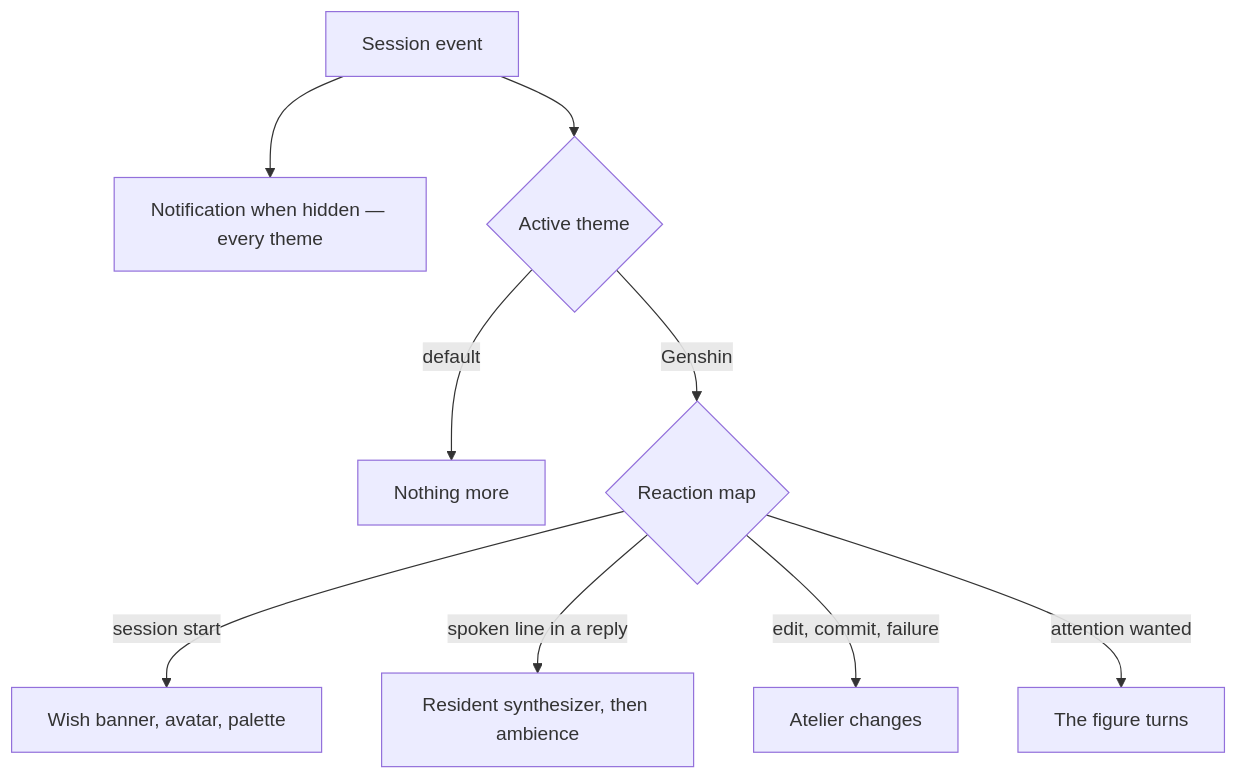
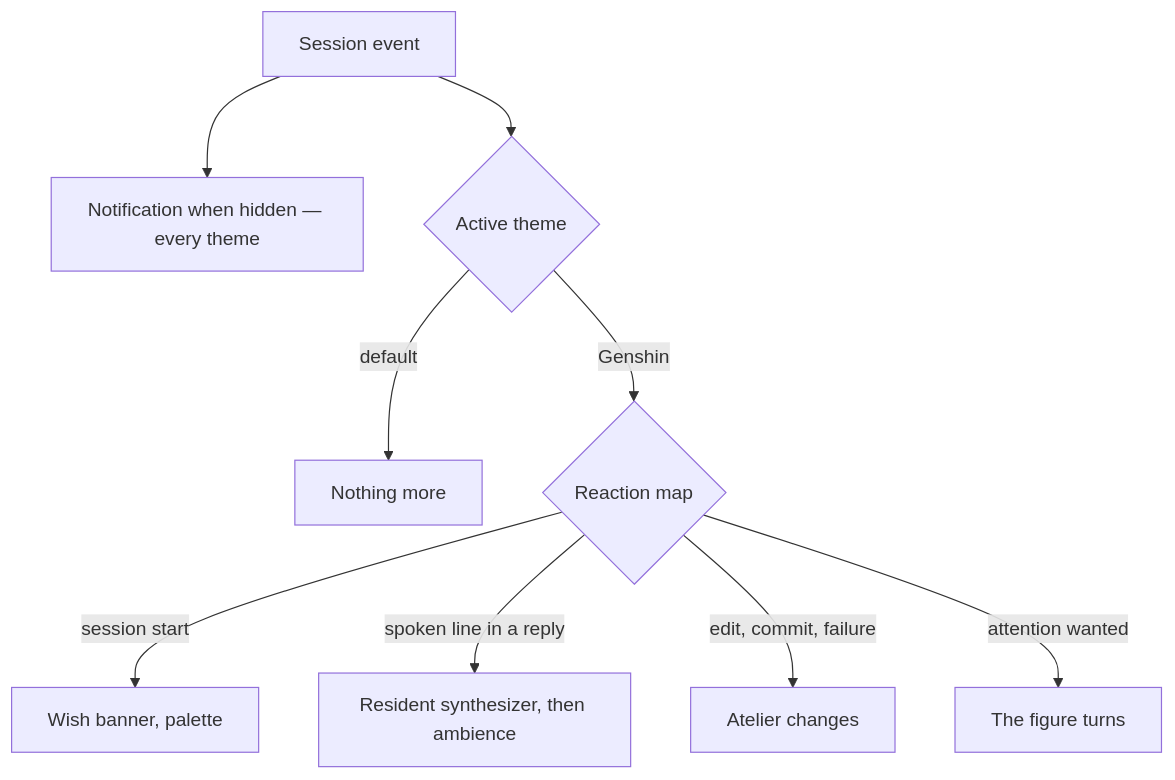
Before and after one commit to Esposter/Esposter: the diagram in apps/web/content/docs/proposals/infra/agent-console/themes.md, drawn with Mermaid. The commit also changed other lines of this file and 24 other files, not shown here.

````diff
--- a/apps/web/content/docs/proposals/infra/agent-console/themes.md
+++ b/apps/web/content/docs/proposals/infra/agent-console/themes.md
@@ -32,11 +30,11 @@
 ```mermaid
 flowchart TD
   E[Session event] --> N[Notification when hidden — every theme]
   E --> TH{Active theme}
   TH -->|default| Q[Nothing more]
   TH -->|Genshin| R{Reaction map}
-  R -->|session start| WB[Wish banner, avatar, palette]
+  R -->|session start| WB[Wish banner, palette]
   R -->|spoken line in a reply| SY[Resident synthesizer, then ambience]
   R -->|edit, commit, failure| AT[Atelier changes]
   R -->|attention wanted| PO[The figure turns]
 ```
````
